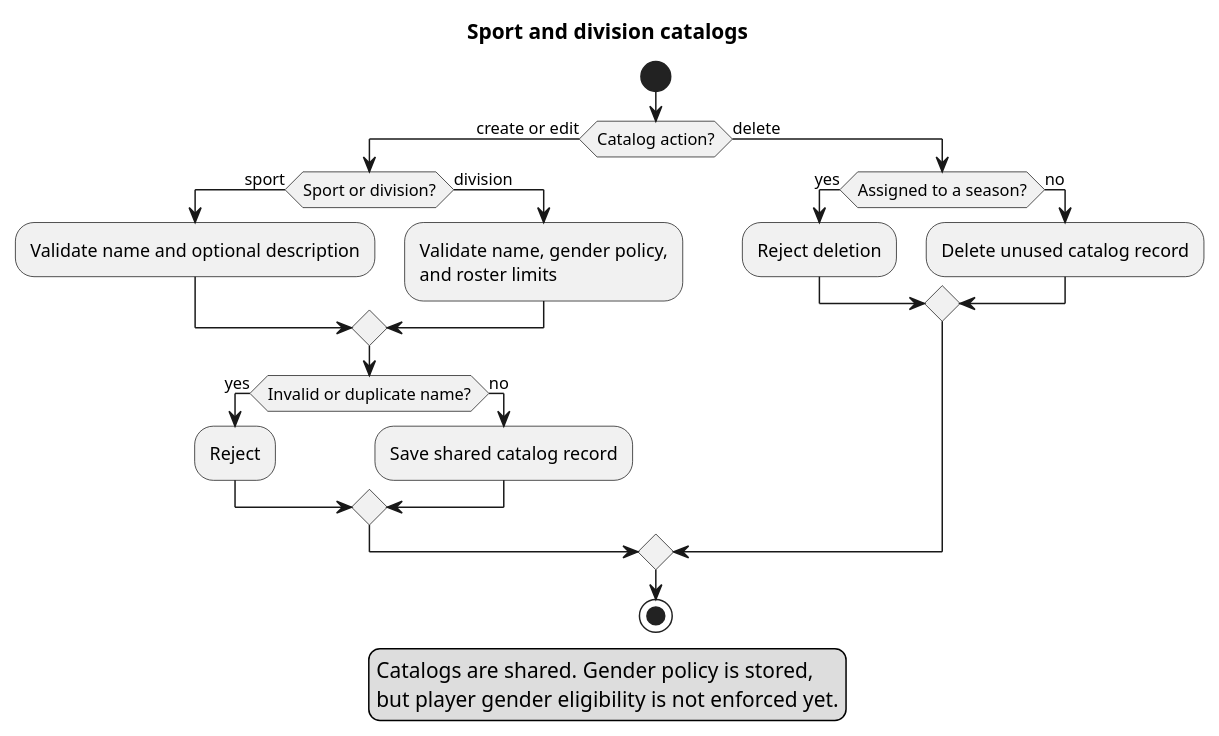
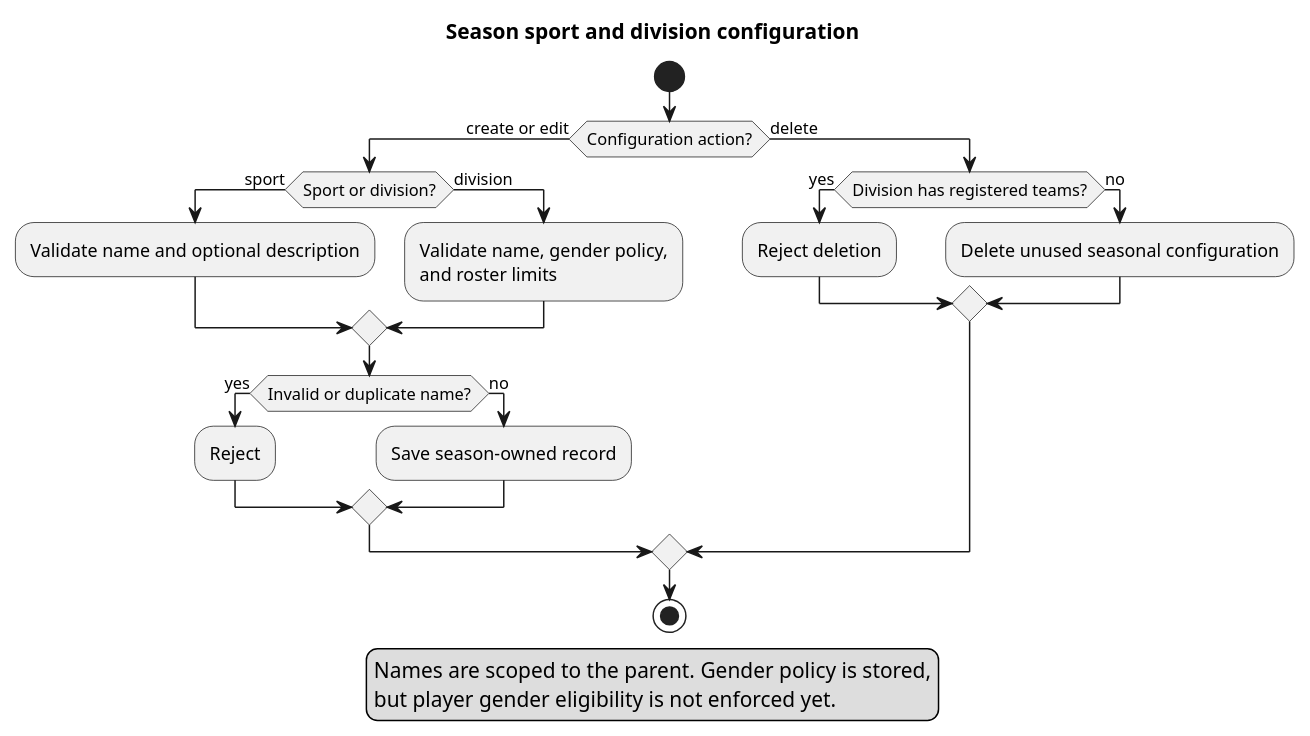
Before and after one commit to inamonanymous/BarangayLeagueSystem: the diagram in docs/diagrams/flowcharts/07-catalogs.puml, drawn with PlantUML. The commit also changed 108 other files, not shown here.

```diff
--- a/docs/diagrams/flowcharts/07-catalogs.puml
+++ b/docs/diagrams/flowcharts/07-catalogs.puml
@@ -1,28 +1,28 @@
 @startuml
-title Sport and division catalogs
+title Season sport and division configuration
 skinparam shadowing false
 start
-if (Catalog action?) then (create or edit)
+if (Configuration action?) then (create or edit)
   if (Sport or division?) then (sport)
     :Validate name and optional description;
   else (division)
     :Validate name, gender policy,\nand roster limits;
   endif
   if (Invalid or duplicate name?) then (yes)
     :Reject;
   else (no)
-    :Save shared catalog record;
+    :Save season-owned record;
   endif
 else (delete)
-  if (Assigned to a season?) then (yes)
+  if (Division has registered teams?) then (yes)
     :Reject deletion;
   else (no)
-    :Delete unused catalog record;
+    :Delete unused seasonal configuration;
   endif
 endif
 stop
 legend bottom
-  Catalogs are shared. Gender policy is stored,
+  Names are scoped to the parent. Gender policy is stored,
   but player gender eligibility is not enforced yet.
 endlegend
 @enduml
```
